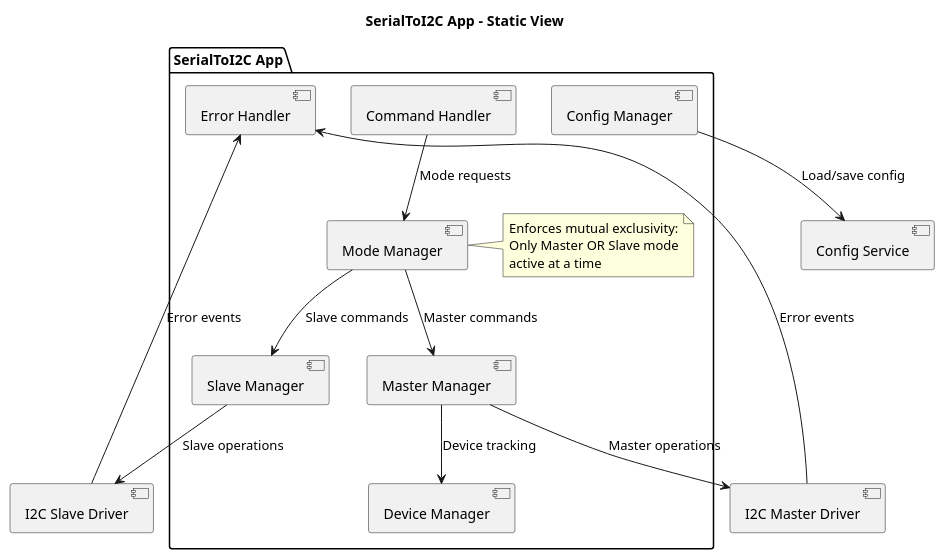
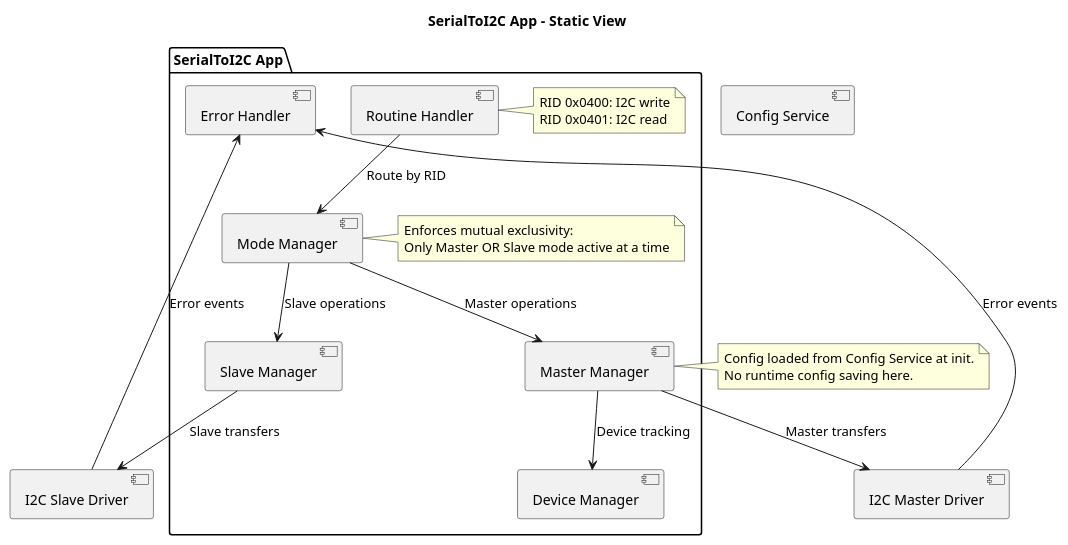
Before and after one commit to LinhTrucVo/Bico_Protocol_Bridge: the diagram in 2_architecture/fucntionView/layer3Application/serialToI2CApp/staticView.puml, drawn with PlantUML. The commit also changed 17 other files, not shown here.

```diff
--- a/2_architecture/fucntionView/layer3Application/serialToI2CApp/staticView.puml
+++ b/2_architecture/fucntionView/layer3Application/serialToI2CApp/staticView.puml
@@ -1,35 +1,40 @@
 @startuml
 
 title SerialToI2C App - Static View
 
 package "SerialToI2C App" {
-    [Command Handler] as cmdHandler
+    [Routine Handler] as routineHandler
+    note right of routineHandler
+        RID 0x0400: I2C write
+        RID 0x0401: I2C read
+    end note
     [Mode Manager] as modeMgr
+    note right of modeMgr
+        Enforces mutual exclusivity:
+        Only Master OR Slave mode active at a time
+    end note
     [Master Manager] as masterMgr
     [Slave Manager] as slaveMgr
     [Device Manager] as deviceMgr
     [Error Handler] as errorHandler
-    [Config Manager] as configMgr
-    
-    note right of modeMgr
-        Enforces mutual exclusivity:
-        Only Master OR Slave mode
-        active at a time
-    end note
 }
 
 [I2C Master Driver] as i2cMasterDriver
 [I2C Slave Driver] as i2cSlaveDriver
 [Config Service] as configService
 
-cmdHandler --> modeMgr : Mode requests
-modeMgr --> masterMgr : Master commands
-modeMgr --> slaveMgr : Slave commands
-masterMgr --> i2cMasterDriver : Master operations
-slaveMgr --> i2cSlaveDriver : Slave operations
+routineHandler --> modeMgr : Route by RID
+modeMgr --> masterMgr : Master operations
+modeMgr --> slaveMgr : Slave operations
+masterMgr --> i2cMasterDriver : Master transfers
+slaveMgr --> i2cSlaveDriver : Slave transfers
 masterMgr --> deviceMgr : Device tracking
 errorHandler <-- i2cMasterDriver : Error events
 errorHandler <-- i2cSlaveDriver : Error events
-configMgr --> configService : Load/save config
+
+note right of masterMgr
+    Config loaded from Config Service at init.
+    No runtime config saving here.
+end note
 
 @enduml
```
